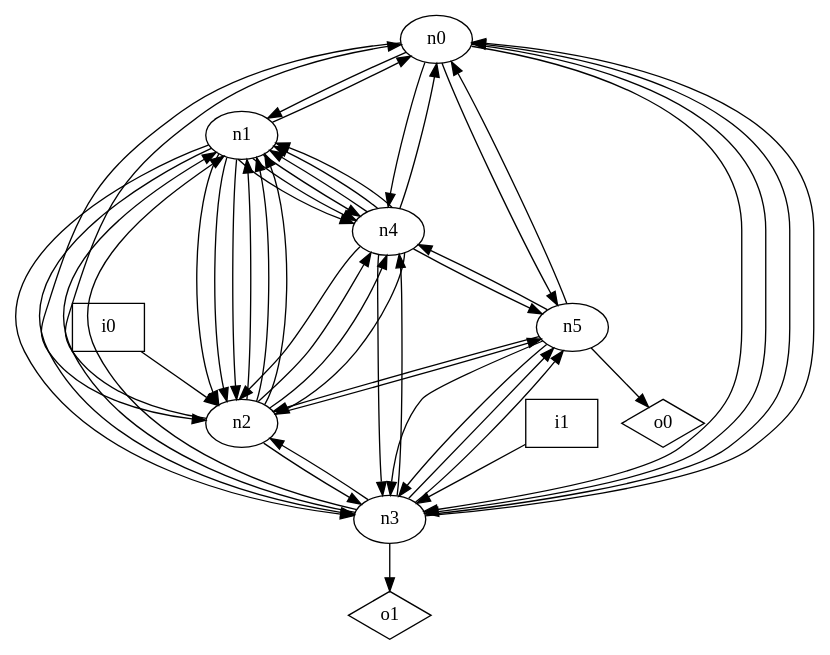
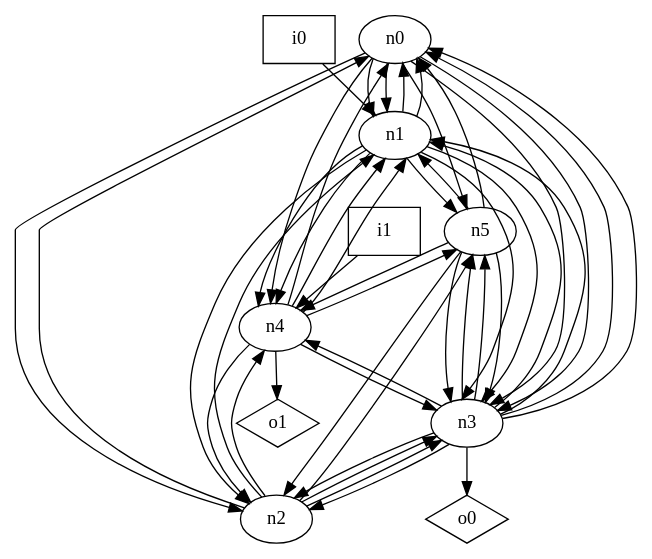
One commit to p9romain/bool-circuits changed the diagram in dot_files/random_graph/undirected_loop_free_graph.dot. Above: the diagram before and after it, drawn with Graphviz. The commit also changed 73 other files, not shown here.

```diff
--- a/dot_files/random_graph/undirected_loop_free_graph.dot
+++ b/dot_files/random_graph/undirected_loop_free_graph.dot
@@ -1,60 +1,58 @@
 digraph G {
 n0 [label="n0"];
 n1 [label="n1"];
 n2 [label="n2"];
 n3 [label="n3"];
 n4 [label="n4"];
 n5 [label="n5"];
 n6 [label="i0",shape="box"];
 n7 [label="i1",shape="box"];
 n8 [label="o0",shape="diamond"];
 n9 [label="o1",shape="diamond"];
 n0 -> n1
+n0 -> n1
 n0 -> n2
 n0 -> n3
 n0 -> n3
 n0 -> n4
 n0 -> n5
 n1 -> n0
-n1 -> n2
-n1 -> n2
+n1 -> n0
 n1 -> n2
 n1 -> n3
 n1 -> n3
 n1 -> n4
 n1 -> n4
-n1 -> n4
+n1 -> n5
 n2 -> n0
 n2 -> n1
-n2 -> n1
-n2 -> n1
 n2 -> n3
-n2 -> n4
+n2 -> n3
 n2 -> n4
 n2 -> n5
 n3 -> n0
 n3 -> n0
 n3 -> n1
 n3 -> n1
 n3 -> n2
+n3 -> n2
 n3 -> n4
 n3 -> n5
 n3 -> n5
-n3 -> n9
+n3 -> n8
 n4 -> n0
 n4 -> n1
 n4 -> n1
-n4 -> n1
-n4 -> n2
 n4 -> n2
 n4 -> n3
 n4 -> n5
+n4 -> n9
 n5 -> n0
+n5 -> n1
 n5 -> n2
 n5 -> n3
 n5 -> n3
 n5 -> n4
-n5 -> n8
-n6 -> n2
-n7 -> n3
+n6 -> n1
+n7 -> n4
 }
```
